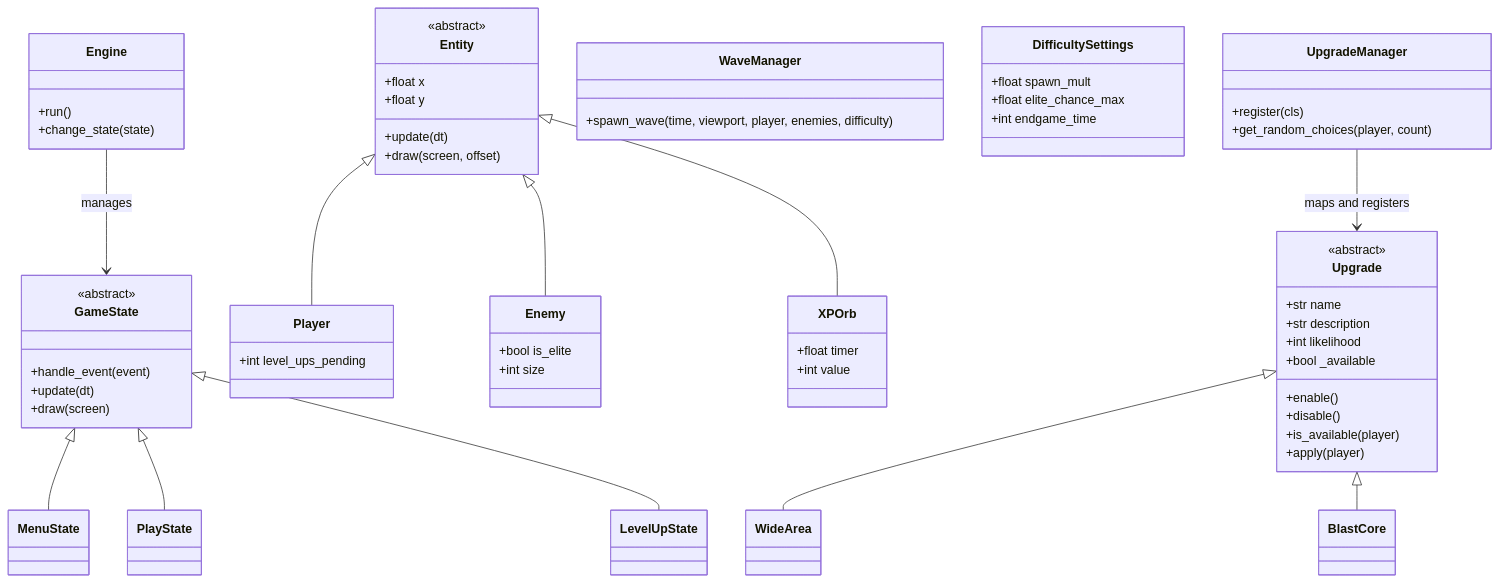
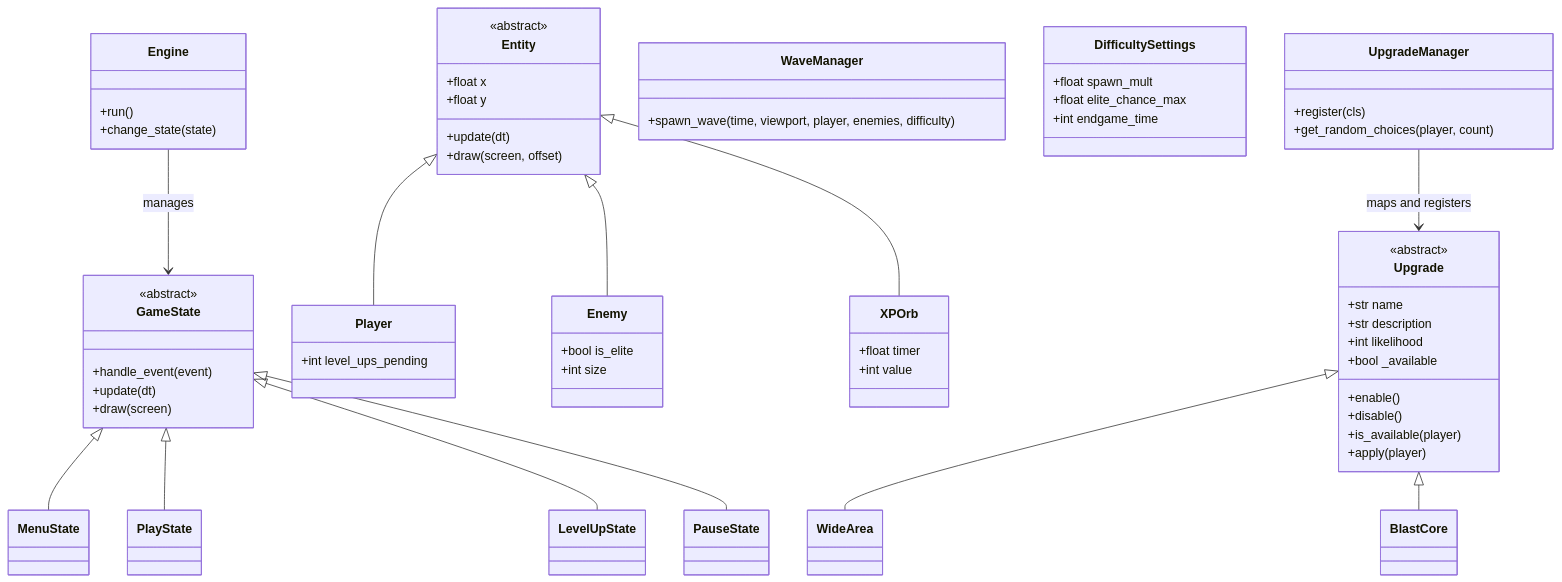
The diagram in README.md (lavariall/square-survivors), drawn with Mermaid before and after one commit. The commit also changed other lines of this file and 4 other files, not shown here.

````diff
--- a/README.md
+++ b/README.md
@@ -21,77 +21,79 @@
 ```mermaid
 classDiagram
     %% Core State Machine
     class Engine {
         +run()
         +change_state(state)
     }
     class GameState {
         <<abstract>>
         +handle_event(event)
         +update(dt)
         +draw(screen)
     }
     class MenuState { }
     class PlayState { }
     class LevelUpState { }
+    class PauseState { }
     
     GameState <|-- MenuState
     GameState <|-- PlayState
     GameState <|-- LevelUpState
+    GameState <|-- PauseState
     Engine --> GameState : manages
     
     %% Entities
     class Entity {
         <<abstract>>
         +float x
         +float y
         +update(dt)
         +draw(screen, offset)
     }
     class Player { 
         +int level_ups_pending
     }
     class Enemy {
         +bool is_elite
         +int size
     }
     class XPOrb { 
         +float timer
         +int value
     }
     
     Entity <|-- Player
     Entity <|-- Enemy
     Entity <|-- XPOrb
 
     %% Systems
     class WaveManager {
         +spawn_wave(time, viewport, player, enemies, difficulty)
     }
     class DifficultySettings {
         +float spawn_mult
         +float elite_chance_max
         +int endgame_time
     }
     class Upgrade {
         <<abstract>>
         +str name
         +str description
         +int likelihood
         +bool _available
         +enable()
         +disable()
         +is_available(player)
         +apply(player)
     }
     class WideArea { }
     class BlastCore { }
     class UpgradeManager {
         +register(cls)
         +get_random_choices(player, count)
     }
     
     Upgrade <|-- WideArea
     Upgrade <|-- BlastCore
     UpgradeManager --> Upgrade : maps and registers
 ```
````
